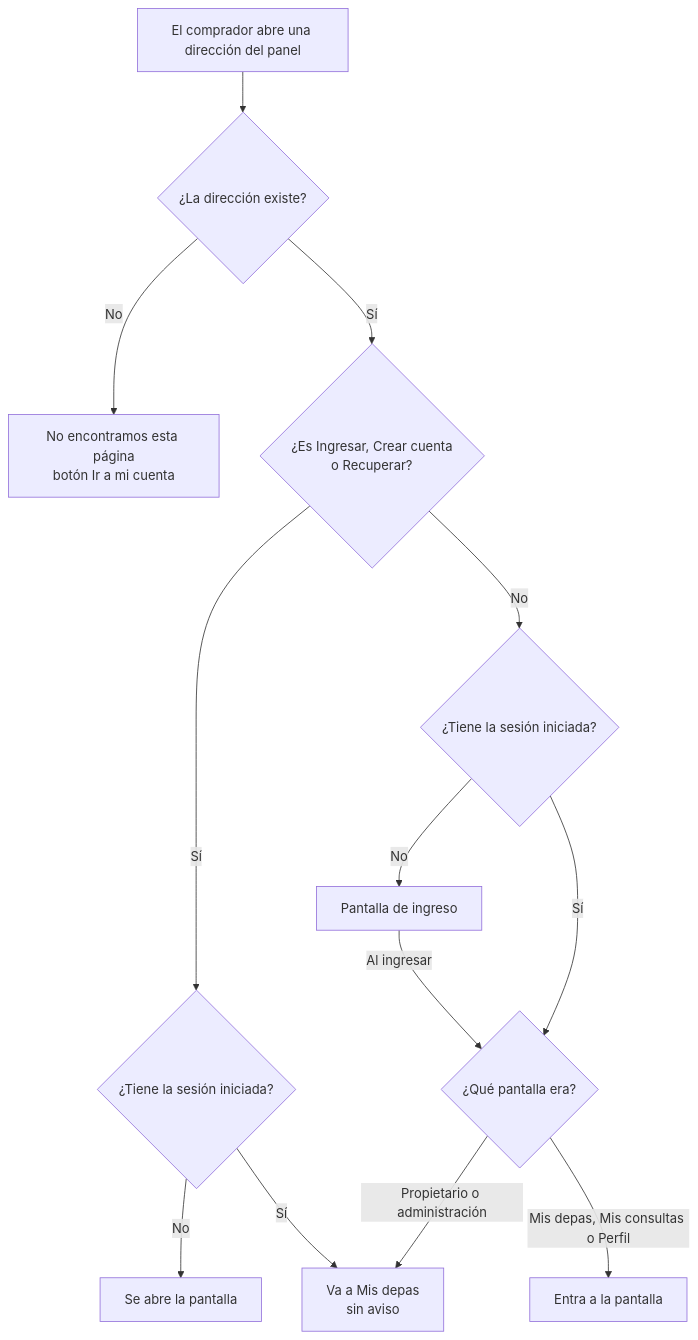
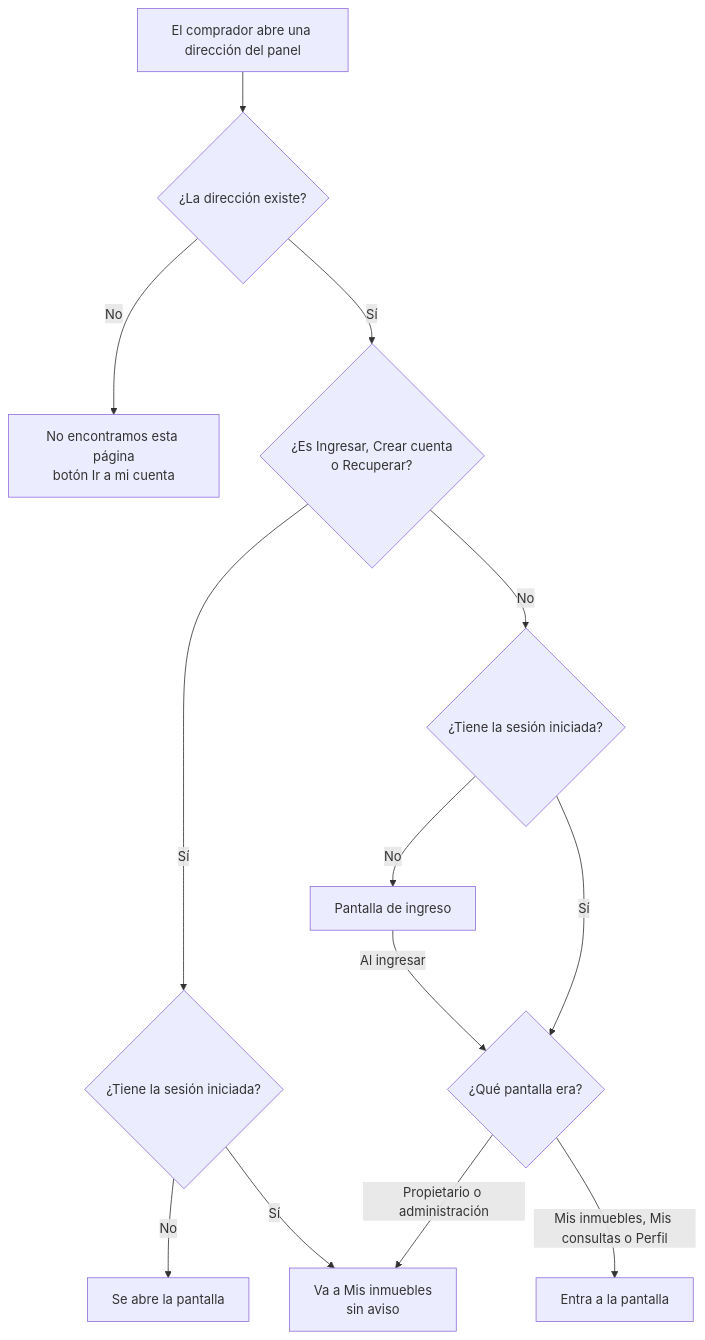
One commit to samirharrytl/DHC_landing changed diagram 15 of 17 in docs/plataforma/09-manual-funcional.md. Above: the diagram before and after it, drawn with Mermaid. The commit also changed other lines of this file and 72 other files, not shown here.

First line of the commit message:
Fuente Poppins como depahostperu.com, "Mis depas" pasa a "Mis inmuebles" y cambios en API y panel

````diff
--- a/docs/plataforma/09-manual-funcional.md
+++ b/docs/plataforma/09-manual-funcional.md
@@ -2722,15 +2717,15 @@
 ```mermaid
 flowchart TD
     A["El comprador abre una dirección del panel"] --> B{"¿La dirección existe?"}
     B -->|"No"| X["No encontramos esta página<br/>botón Ir a mi cuenta"]
     B -->|"Sí"| E{"¿Es Ingresar, Crear cuenta<br/>o Recuperar?"}
     E -->|"Sí"| H{"¿Tiene la sesión iniciada?"}
     H -->|"No"| I["Se abre la pantalla"]
-    H -->|"Sí"| G["Va a Mis depas<br/>sin aviso"]
+    H -->|"Sí"| G["Va a Mis inmuebles<br/>sin aviso"]
     E -->|"No"| C{"¿Tiene la sesión iniciada?"}
     C -->|"No"| D["Pantalla de ingreso"]
     D -->|"Al ingresar"| R{"¿Qué pantalla era?"}
     C -->|"Sí"| R
-    R -->|"Mis depas, Mis consultas o Perfil"| F["Entra a la pantalla"]
+    R -->|"Mis inmuebles, Mis consultas o Perfil"| F["Entra a la pantalla"]
     R -->|"Propietario o administración"| G
 ```
````
